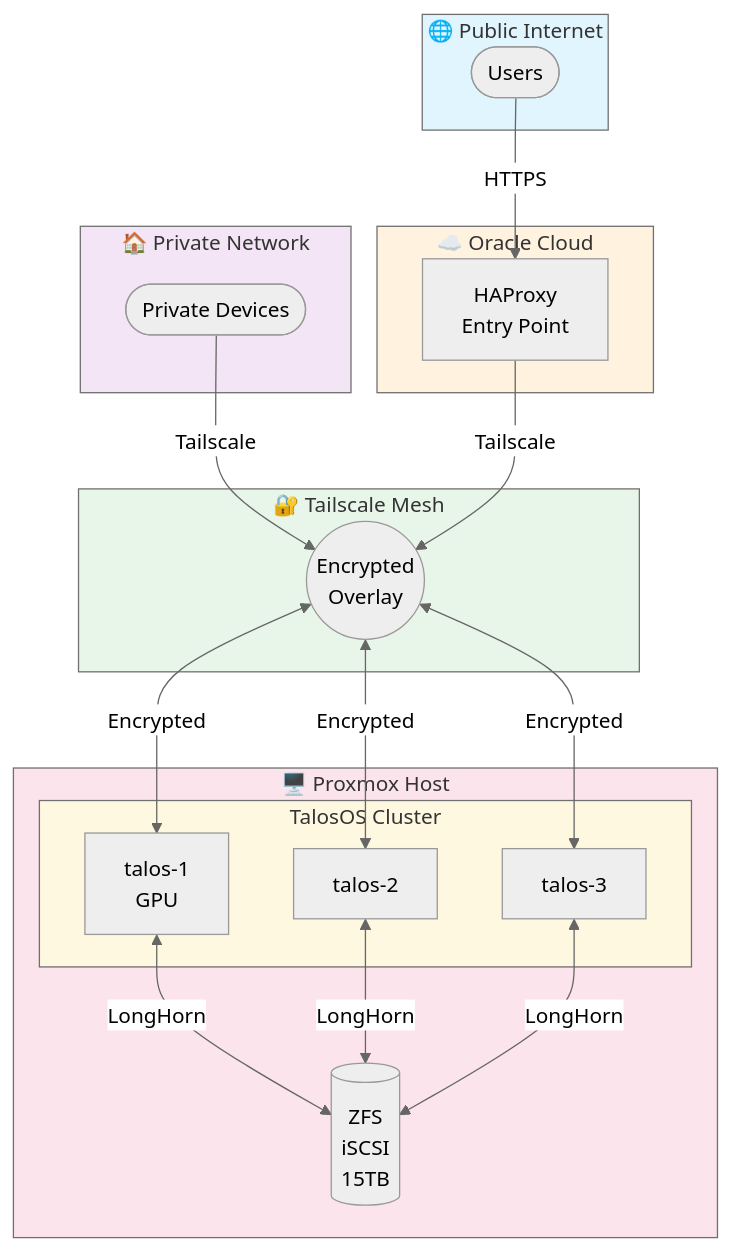
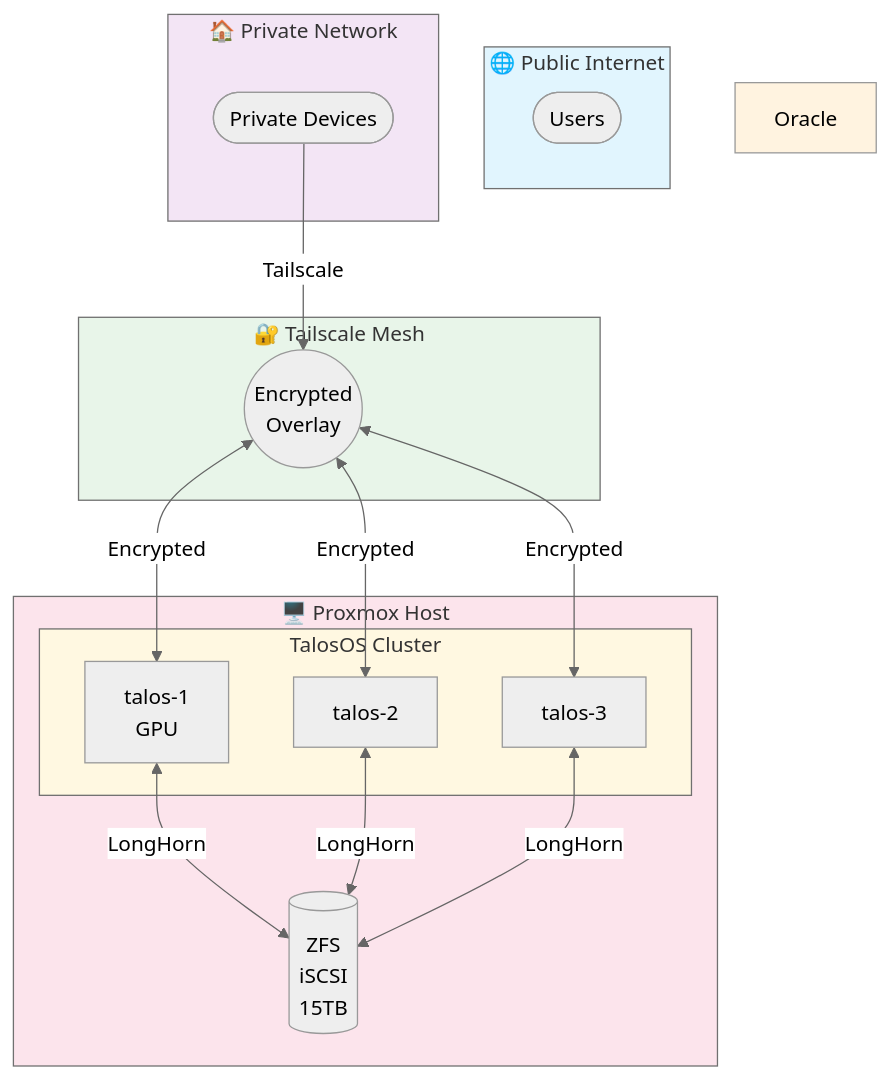
The diagram in README.md (ThePhaseless/Interstellar), drawn with Mermaid (neutral theme) before and after one commit. The commit also changed other lines of this file and 27 other files, not shown here.

First line of the commit message:
chore(oracle): retire the HAProxy proxy VM and its public entrypoint (#567)

````diff
--- a/README.md
+++ b/README.md
@@ -7,40 +7,34 @@
 ```mermaid
 flowchart TB
     subgraph Internet["🌐 Public Internet"]
         Users(["Users"])
     end
 
     subgraph Private["🏠 Private Network"]
         Devices(["Private Devices"])
-    end
-
-    subgraph Oracle["☁️ Oracle Cloud"]
-        HAProxy["HAProxy<br/>Entry Point"]
     end
 
     subgraph Tailscale["🔐 Tailscale Mesh"]
         TS(("Encrypted<br/>Overlay"))
     end
 
     subgraph Proxmox["🖥️ Proxmox Host"]
         subgraph Cluster["TalosOS Cluster"]
             T1["talos-1<br/>GPU"]
             T2["talos-2"]
             T3["talos-3"]
         end
         iSCSI[("ZFS<br/>iSCSI<br/>15TB")]
     end
 
-    Users -->|HTTPS| HAProxy
     Devices -->|Tailscale| TS
-    HAProxy -->|Tailscale| TS
     TS <-->|Encrypted| T1 & T2 & T3
     T1 & T2 & T3 <-->|LongHorn| iSCSI
 
     style Internet fill:#e1f5fe
     style Private fill:#f3e5f5
     style Oracle fill:#fff3e0
     style Tailscale fill:#e8f5e9
     style Proxmox fill:#fce4ec
     style Cluster fill:#fff8e1
 ```
````
